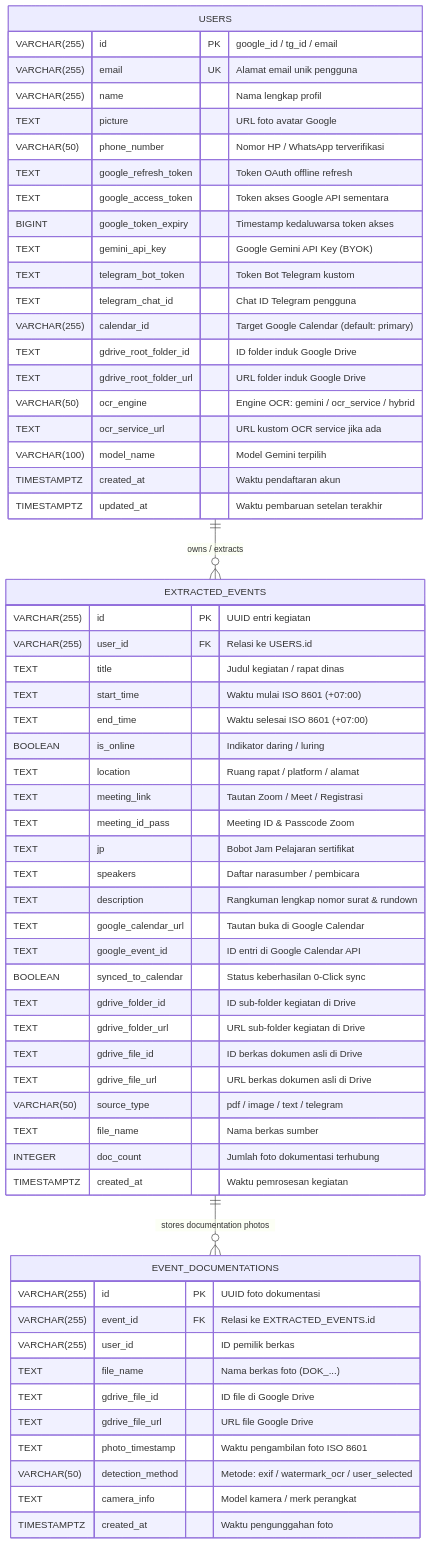
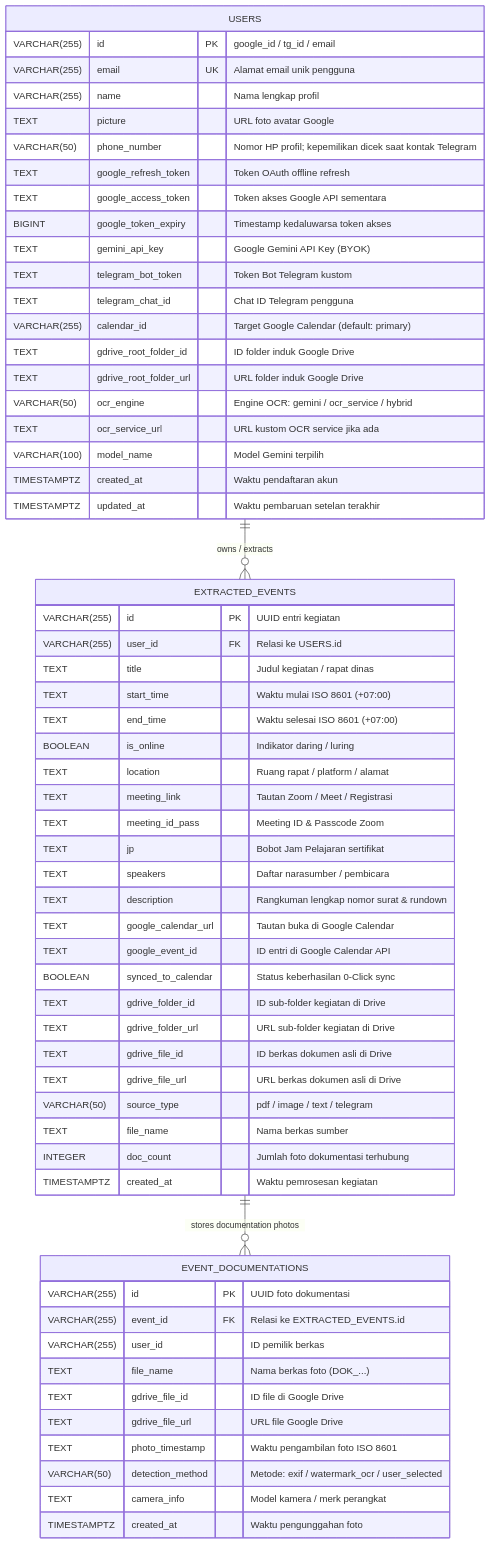
The diagram in Schema.md (alfarisg34/easygooglecalendar), drawn with Mermaid before and after one commit. The commit also changed other lines of this file and 67 other files, not shown here.

````diff
--- a/Schema.md
+++ b/Schema.md
@@ -17,66 +41,66 @@
 ```mermaid
 erDiagram
     USERS ||--o{ EXTRACTED_EVENTS : "owns / extracts"
     EXTRACTED_EVENTS ||--o{ EVENT_DOCUMENTATIONS : "stores documentation photos"
     
     USERS {
         VARCHAR(255) id PK "google_id / tg_id / email"
         VARCHAR(255) email UK "Alamat email unik pengguna"
         VARCHAR(255) name "Nama lengkap profil"
         TEXT picture "URL foto avatar Google"
-        VARCHAR(50) phone_number "Nomor HP / WhatsApp terverifikasi"
+        VARCHAR(50) phone_number "Nomor HP profil; kepemilikan dicek saat kontak Telegram"
         TEXT google_refresh_token "Token OAuth offline refresh"
         TEXT google_access_token "Token akses Google API sementara"
         BIGINT google_token_expiry "Timestamp kedaluwarsa token akses"
         TEXT gemini_api_key "Google Gemini API Key (BYOK)"
         TEXT telegram_bot_token "Token Bot Telegram kustom"
         TEXT telegram_chat_id "Chat ID Telegram pengguna"
         VARCHAR(255) calendar_id "Target Google Calendar (default: primary)"
         TEXT gdrive_root_folder_id "ID folder induk Google Drive"
         TEXT gdrive_root_folder_url "URL folder induk Google Drive"
         VARCHAR(50) ocr_engine "Engine OCR: gemini / ocr_service / hybrid"
         TEXT ocr_service_url "URL kustom OCR service jika ada"
         VARCHAR(100) model_name "Model Gemini terpilih"
         TIMESTAMPTZ created_at "Waktu pendaftaran akun"
         TIMESTAMPTZ updated_at "Waktu pembaruan setelan terakhir"
     }
 
     EXTRACTED_EVENTS {
         VARCHAR(255) id PK "UUID entri kegiatan"
         VARCHAR(255) user_id FK "Relasi ke USERS.id"
         TEXT title "Judul kegiatan / rapat dinas"
         TEXT start_time "Waktu mulai ISO 8601 (+07:00)"
         TEXT end_time "Waktu selesai ISO 8601 (+07:00)"
         BOOLEAN is_online "Indikator daring / luring"
         TEXT location "Ruang rapat / platform / alamat"
         TEXT meeting_link "Tautan Zoom / Meet / Registrasi"
         TEXT meeting_id_pass "Meeting ID & Passcode Zoom"
         TEXT jp "Bobot Jam Pelajaran sertifikat"
         TEXT speakers "Daftar narasumber / pembicara"
         TEXT description "Rangkuman lengkap nomor surat & rundown"
         TEXT google_calendar_url "Tautan buka di Google Calendar"
         TEXT google_event_id "ID entri di Google Calendar API"
         BOOLEAN synced_to_calendar "Status keberhasilan 0-Click sync"
         TEXT gdrive_folder_id "ID sub-folder kegiatan di Drive"
         TEXT gdrive_folder_url "URL sub-folder kegiatan di Drive"
         TEXT gdrive_file_id "ID berkas dokumen asli di Drive"
         TEXT gdrive_file_url "URL berkas dokumen asli di Drive"
         VARCHAR(50) source_type "pdf / image / text / telegram"
         TEXT file_name "Nama berkas sumber"
         INTEGER doc_count "Jumlah foto dokumentasi terhubung"
         TIMESTAMPTZ created_at "Waktu pemrosesan kegiatan"
     }
 
     EVENT_DOCUMENTATIONS {
         VARCHAR(255) id PK "UUID foto dokumentasi"
         VARCHAR(255) event_id FK "Relasi ke EXTRACTED_EVENTS.id"
         VARCHAR(255) user_id "ID pemilik berkas"
         TEXT file_name "Nama berkas foto (DOK_...)"
         TEXT gdrive_file_id "ID file di Google Drive"
         TEXT gdrive_file_url "URL file Google Drive"
         TEXT photo_timestamp "Waktu pengambilan foto ISO 8601"
         VARCHAR(50) detection_method "Metode: exif / watermark_ocr / user_selected"
         TEXT camera_info "Model kamera / merk perangkat"
         TIMESTAMPTZ created_at "Waktu pengunggahan foto"
     }
 ```
````
